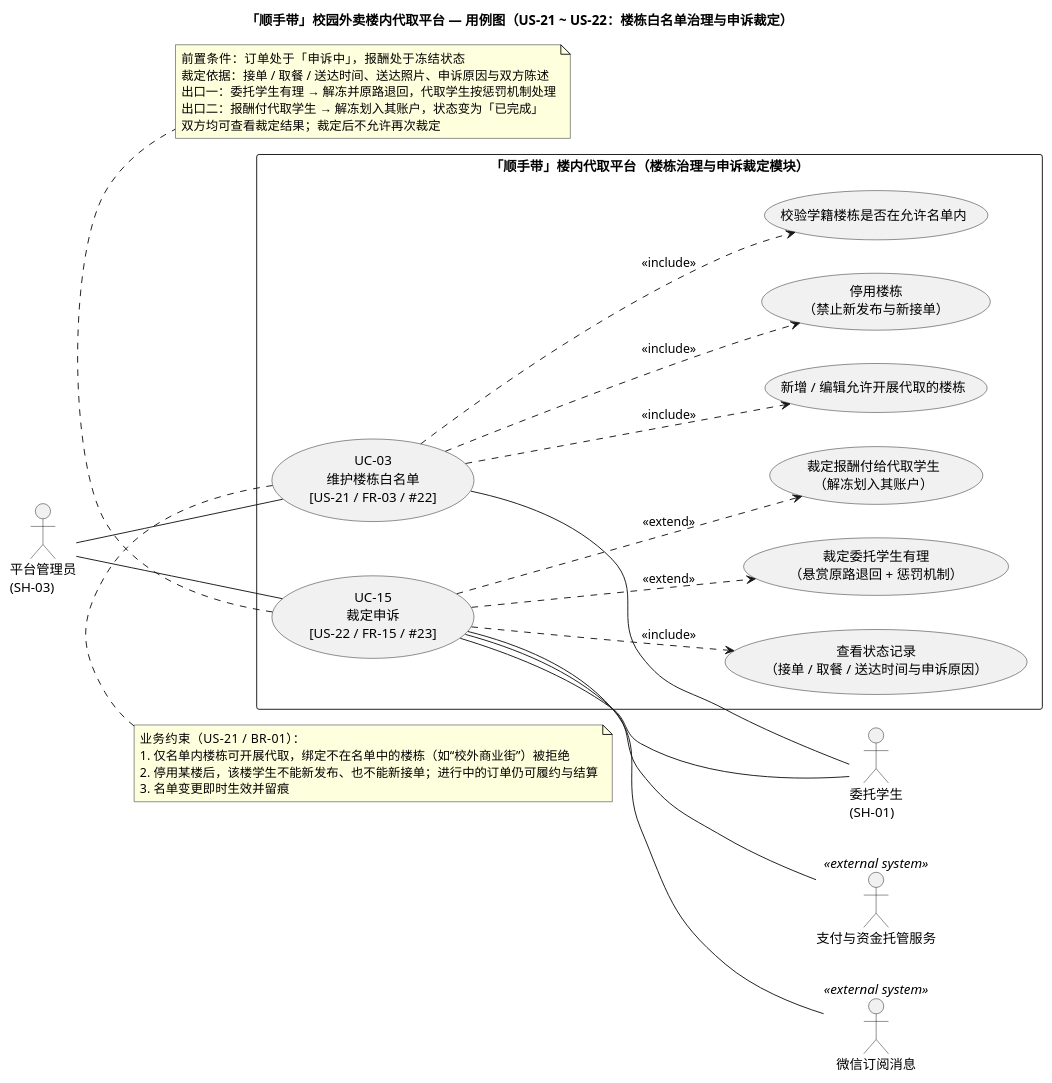
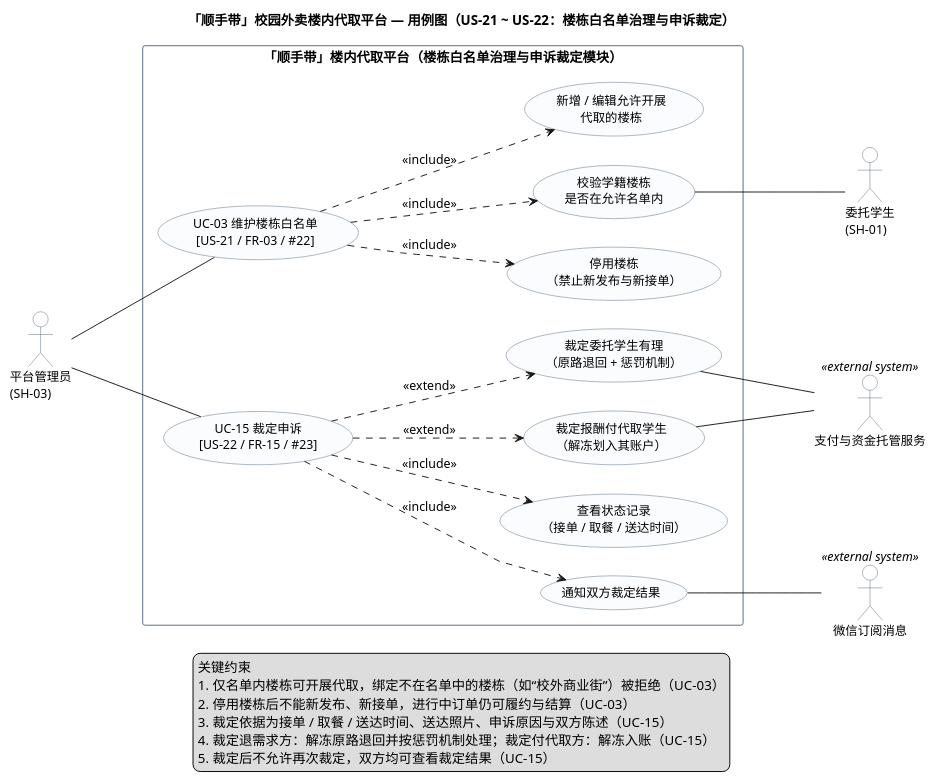
Before and after one commit to GreyBlue0122/Software: the diagram in models/use-case-us21-22.puml, drawn with PlantUML. The commit also changed 4 other files, not shown here.

Commit message:
feat：SRS发布v1.0(具体修改见SRS中描述）；微调了6-10，11-15，16-20，21-22的用例图的布局（原先线条会打架）并更新model中相关文件

```diff
--- a/models/use-case-us21-22.puml
+++ b/models/use-case-us21-22.puml
@@ -1,77 +1,92 @@
 @startuml use-case-us21-22
+' =========================================================
+' 布局原则：严格三列（参与者 → 主用例 → 细化用例/次参与者），
+' 所有连线只连接相邻两列，保证线条水平或短斜线、不交叉。
+' 说明统一放入不带连线的 legend，避免 note 连线横穿画面。
+' =========================================================
 left to right direction
 skinparam packageStyle rectangle
 skinparam shadowing false
+skinparam linetype polyline
+skinparam nodesep 30
+skinparam ranksep 90
+skinparam defaultFontName "Microsoft YaHei"
+skinparam usecase {
+  BackgroundColor #FBFCFE
+  BorderColor #566B80
+  FontSize 13
+}
+skinparam actor {
+  BackgroundColor #FFFFFF
+  BorderColor #566B80
+  FontSize 13
+}
+skinparam rectangle {
+  BorderColor #566B80
+  FontSize 14
+}
 
 title 「顺手带」校园外卖楼内代取平台 — 用例图（US-21 ~ US-22：楼栋白名单治理与申诉裁定）
 
 ' =========================================================
-' 参与者定义（区分主参与者 / 次参与者）
+' 参与者：主参与者在左，次参与者在右
 ' =========================================================
-' 主参与者（左侧）：执行楼栋治理与申诉裁定的平台运营者
 actor "平台管理员\n(SH-03)" as Admin
-
-' 次参与者（右侧）：被系统调用以协助完成用例的外部集成系统 / 其他参与者
 actor "委托学生\n(SH-01)" as Requester
 actor "支付与资金托管服务" as PaymentService <<external system>>
 actor "微信订阅消息" as WeChatNotify <<external system>>
 
 ' =========================================================
-' 系统边界（覆盖楼栋白名单治理与申诉裁定模块）
+' 系统边界：第一列主用例，第二列细化用例
 ' =========================================================
-rectangle "「顺手带」楼内代取平台（楼栋治理与申诉裁定模块）" {
-  usecase "UC-03\n维护楼栋白名单\n[US-21 / FR-03 / #22]" as UC03
-  usecase "新增 / 编辑允许开展代取的楼栋" as EditBuilding
-  usecase "停用楼栋\n（禁止新发布与新接单）" as DisableBuilding
-  usecase "校验学籍楼栋是否在允许名单内" as CheckWhitelist
+rectangle "「顺手带」楼内代取平台（楼栋白名单治理与申诉裁定模块）" {
+  usecase "UC-03 维护楼栋白名单\n[US-21 / FR-03 / #22]" as UC03
+  usecase "UC-15 裁定申诉\n[US-22 / FR-15 / #23]" as UC15
 
-  usecase "UC-15\n裁定申诉\n[US-22 / FR-15 / #23]" as UC15
-  usecase "查看状态记录\n（接单 / 取餐 / 送达时间与申诉原因）" as ReviewRecord
-  usecase "裁定委托学生有理\n（悬赏原路退回 + 惩罚机制）" as RuleForRequester
-  usecase "裁定报酬付给代取学生\n（解冻划入其账户）" as RuleForCarrier
+  usecase "新增 / 编辑允许开展\n代取的楼栋" as UC03_1
+  usecase "停用楼栋\n（禁止新发布与新接单）" as UC03_2
+  usecase "校验学籍楼栋\n是否在允许名单内" as UC03_3
+  usecase "查看状态记录\n（接单 / 取餐 / 送达时间）" as UC15_1
+  usecase "裁定委托学生有理\n（原路退回 + 惩罚机制）" as UC15_2
+  usecase "裁定报酬付代取学生\n（解冻划入其账户）" as UC15_3
+  usecase "通知双方裁定结果" as UC15_4
 }
 
 ' =========================================================
-' 主参与者与用例关联
+' 主参与者与主用例（实线，左 → 右）
 ' =========================================================
 Admin -- UC03
 Admin -- UC15
 
 ' =========================================================
-' 用例间关系（<<include>> / <<extend>>）
+' 主用例与细化用例（include / extend 虚线，主用例 → 细化用例）
 ' =========================================================
-UC03 ..> EditBuilding : <<include>>
-UC03 ..> DisableBuilding : <<include>>
-UC03 ..> CheckWhitelist : <<include>>
-
-UC15 ..> ReviewRecord : <<include>>
-UC15 ..> RuleForRequester : <<extend>>
-UC15 ..> RuleForCarrier : <<extend>>
+UC03 ..> UC03_1 : <<include>>
+UC03 ..> UC03_2 : <<include>>
+UC03 ..> UC03_3 : <<include>>
+UC15 ..> UC15_1 : <<include>>
+UC15 ..> UC15_2 : <<extend>>
+UC15 ..> UC15_3 : <<extend>>
+UC15 ..> UC15_4 : <<include>>
 
 ' =========================================================
-' 次参与者与用例关联（右侧外部系统 / 受影响方）
+' 细化用例与次参与者（实线，细化用例 → 次参与者）
 ' =========================================================
-UC03 -- Requester
-UC15 -- Requester
-UC15 -- PaymentService
-UC15 -- WeChatNotify
+UC03_3 -- Requester
+UC15_2 -- PaymentService
+UC15_3 -- PaymentService
+UC15_4 -- WeChatNotify
 
 ' =========================================================
-' 关键前置条件与业务约束注释
+' 业务约束说明（独立图例，不连线）
 ' =========================================================
-note top of UC03
-  业务约束（US-21 / BR-01）：
-  1. 仅名单内楼栋可开展代取，绑定不在名单中的楼栋（如“校外商业街”）被拒绝
-  2. 停用某楼后，该楼学生不能新发布、也不能新接单；进行中的订单仍可履约与结算
-  3. 名单变更即时生效并留痕
-end note
-
-note bottom of UC15
-  前置条件：订单处于「申诉中」，报酬处于冻结状态
-  裁定依据：接单 / 取餐 / 送达时间、送达照片、申诉原因与双方陈述
-  出口一：委托学生有理 → 解冻并原路退回，代取学生按惩罚机制处理
-  出口二：报酬付代取学生 → 解冻划入其账户，状态变为「已完成」
-  双方均可查看裁定结果；裁定后不允许再次裁定
-end note
+legend bottom
+  关键约束
+  1. 仅名单内楼栋可开展代取，绑定不在名单中的楼栋（如“校外商业街”）被拒绝（UC-03）
+  2. 停用楼栋后不能新发布、新接单，进行中订单仍可履约与结算（UC-03）
+  3. 裁定依据为接单 / 取餐 / 送达时间、送达照片、申诉原因与双方陈述（UC-15）
+  4. 裁定退需求方：解冻原路退回并按惩罚机制处理；裁定付代取方：解冻入账（UC-15）
+  5. 裁定后不允许再次裁定，双方均可查看裁定结果（UC-15）
+endlegend
 
 @enduml
```
